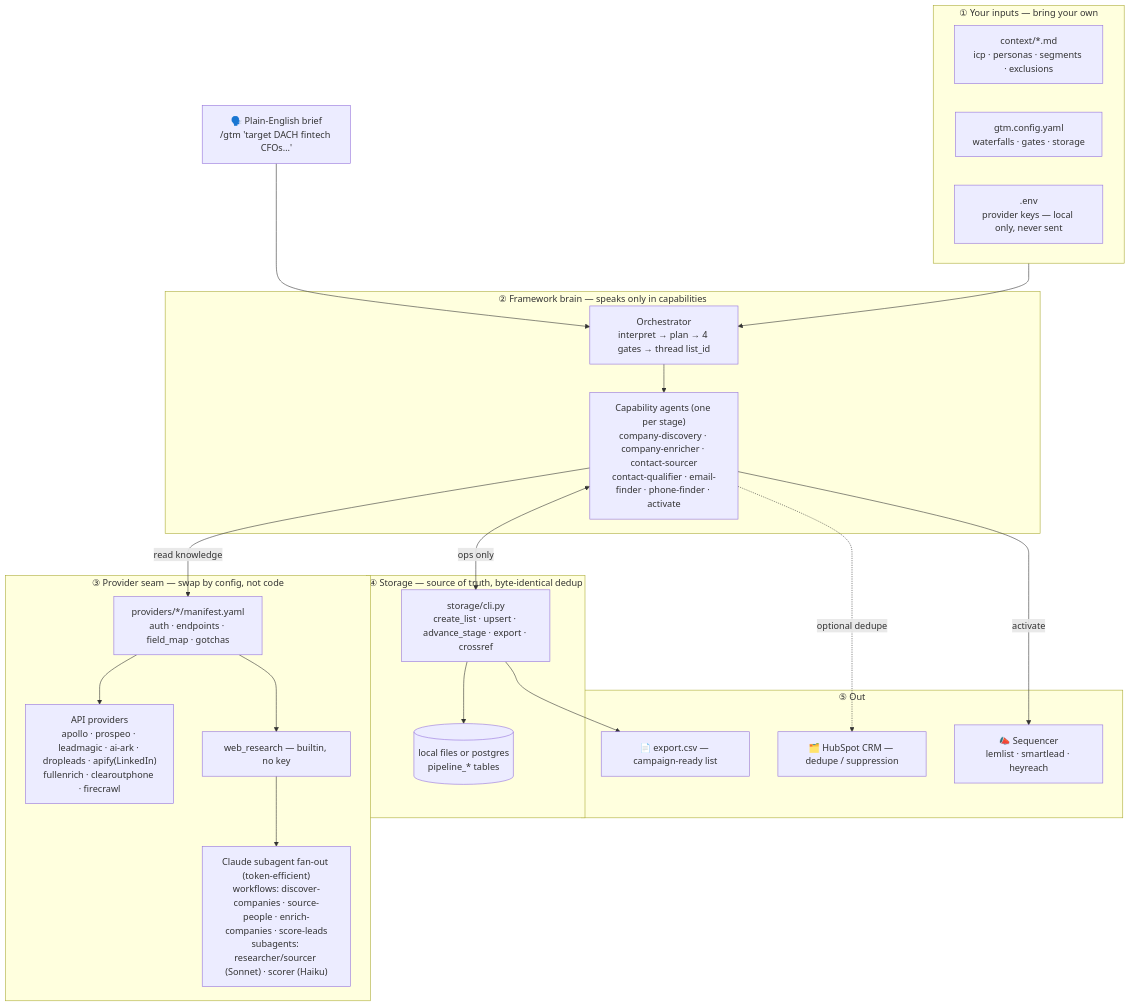
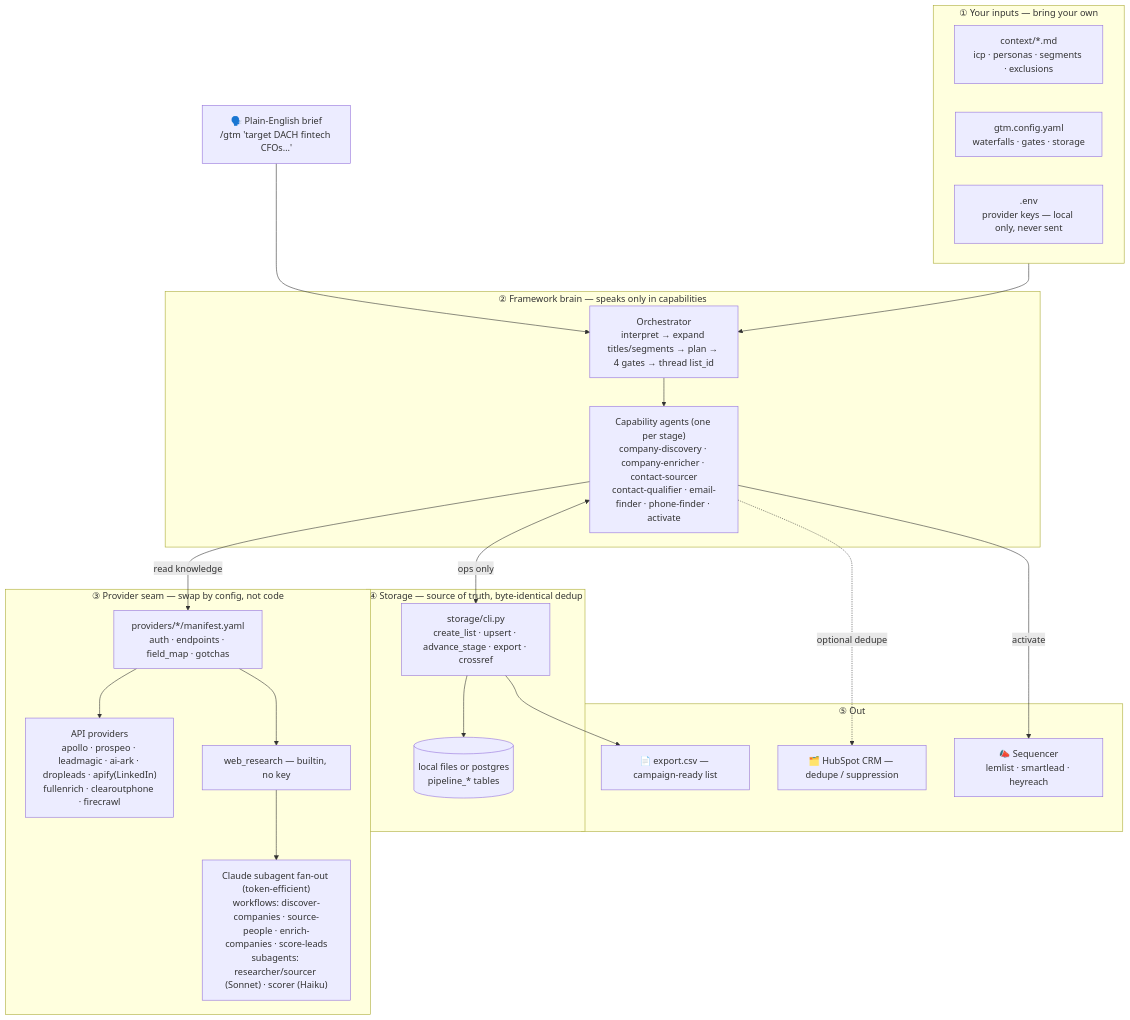
One commit to kkrlstrm/gtm-pipeline changed the diagram in docs/architecture.md. Above: the diagram before and after it, drawn with Mermaid. The commit also changed other lines of this file and 1 other file, not shown here.

First line of the commit message:
README/architecture: surface role expansion as a front-of-workflow step

````diff
--- a/docs/architecture.md
+++ b/docs/architecture.md
@@ -9,45 +9,45 @@
 ```mermaid
 flowchart TD
   brief["🗣️ Plain-English brief<br/>/gtm 'target DACH fintech CFOs…'"]
 
   subgraph IN["① Your inputs — bring your own"]
     ctx["context/*.md<br/>icp · personas · segments · exclusions"]
     cfg["gtm.config.yaml<br/>waterfalls · gates · storage"]
     env[".env<br/>provider keys — local only, never sent"]
   end
 
   subgraph BRAIN["② Framework brain — speaks only in capabilities"]
-    orch["Orchestrator<br/>interpret → plan → 4 gates → thread list_id"]
+    orch["Orchestrator<br/>interpret → expand titles/segments → plan → 4 gates → thread list_id"]
     agents["Capability agents (one per stage)<br/>company-discovery · company-enricher · contact-sourcer<br/>contact-qualifier · email-finder · phone-finder · activate"]
     orch --> agents
   end
 
   subgraph SEAM["③ Provider seam — swap by config, not code"]
     man["providers/*/manifest.yaml<br/>auth · endpoints · field_map · gotchas"]
     api["API providers<br/>apollo · prospeo · leadmagic · ai-ark · dropleads · apify(LinkedIn)<br/>fullenrich · clearoutphone · firecrawl"]
     builtin["web_research — builtin, no key"]
     wf["Claude subagent fan-out (token-efficient)<br/>workflows: discover-companies · source-people · enrich-companies · score-leads<br/>subagents: researcher/sourcer (Sonnet) · scorer (Haiku)"]
     man --> api
     man --> builtin --> wf
   end
 
   subgraph TRUTH["④ Storage — source of truth, byte-identical dedup"]
     cli["storage/cli.py<br/>create_list · upsert · advance_stage · export · crossref"]
     db[("local files  or  postgres<br/>pipeline_* tables")]
     cli --> db
   end
 
   subgraph OUT["⑤ Out"]
     csv["📄 export.csv — campaign-ready list"]
     seq["📣 Sequencer<br/>lemlist · smartlead · heyreach"]
     crm["🗂️ HubSpot CRM — dedupe / suppression"]
   end
 
   brief --> orch
   IN --> orch
   agents -->|read knowledge| man
   agents <-->|ops only| cli
   agents -. optional dedupe .-> crm
   cli --> csv
   agents -->|activate| seq
 ```
````
